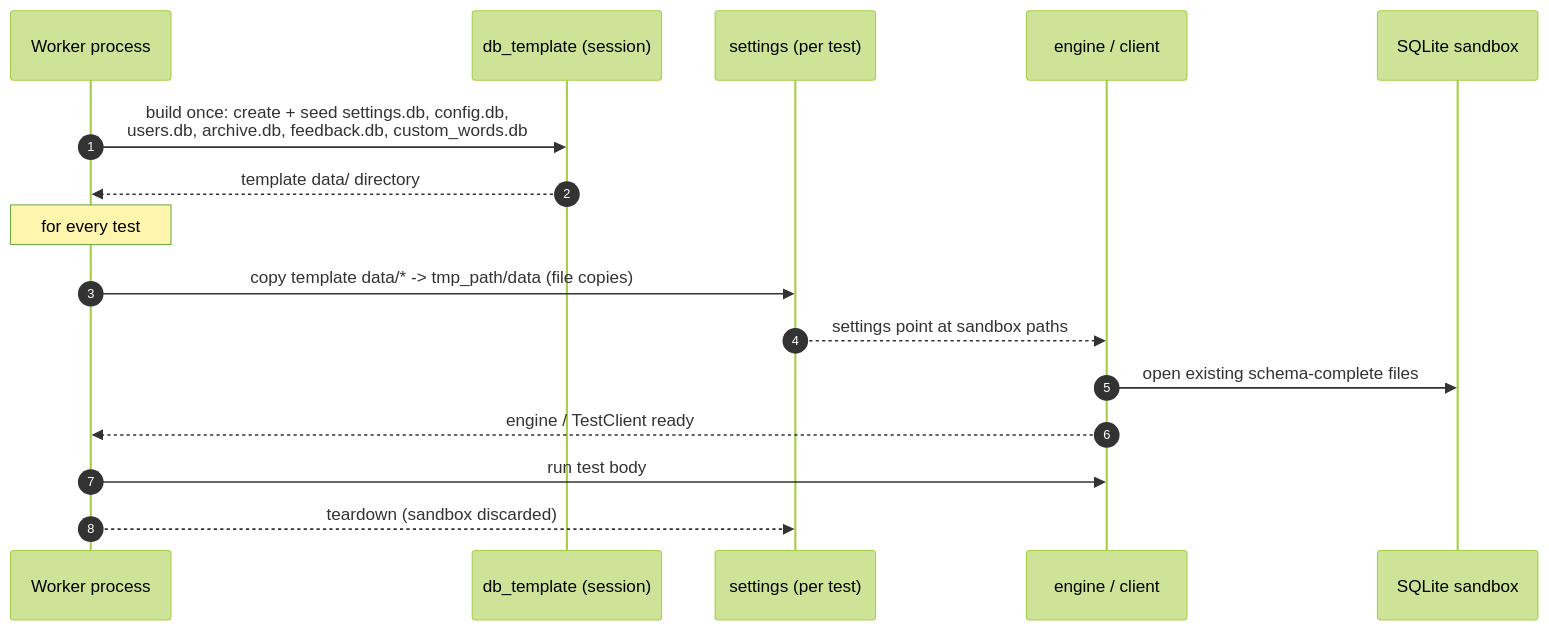
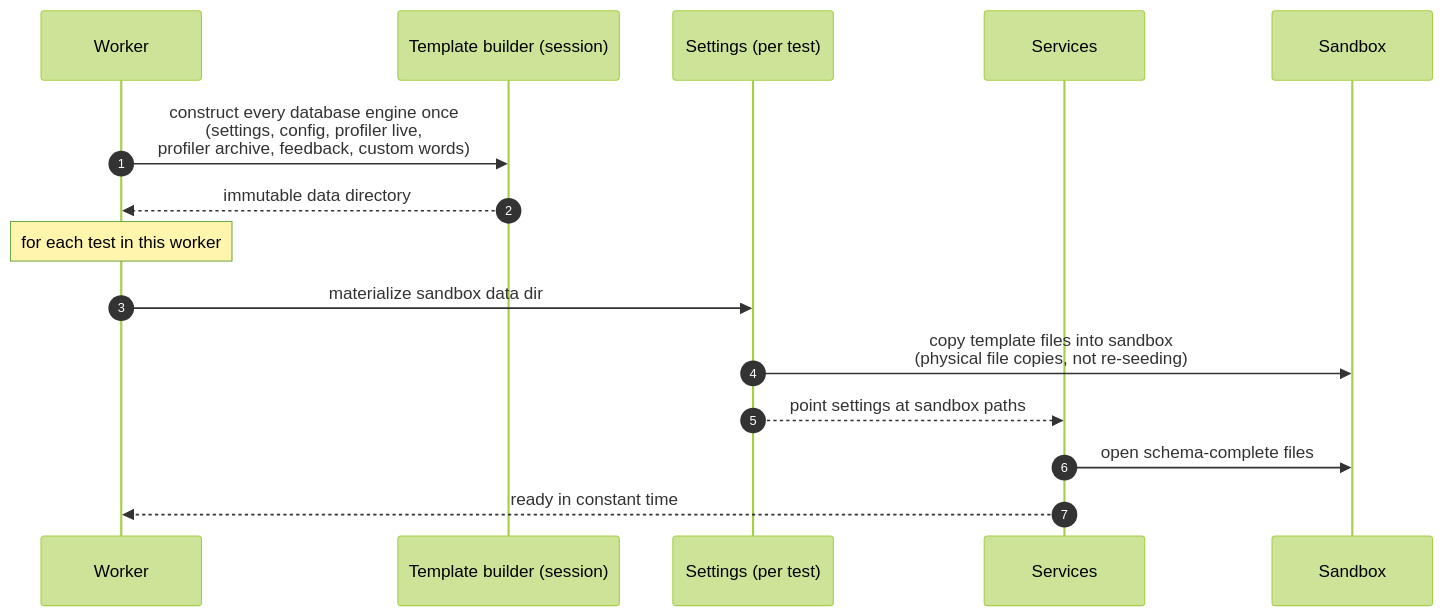
The seventh of 14 diagrams in docs/guide/testing.md (biszdevelopers/general-moderation), drawn with Mermaid (forest theme) before and after one commit. The commit also changed other lines of this file, not shown here.

Commit message:
[TEST-DOCS] Expand testing architecture guide to textbook depth, number-free

````diff
--- a/docs/guide/testing.md
+++ b/docs/guide/testing.md
@@ -82,19 +277,18 @@
 ```mermaid
 sequenceDiagram
     autonumber
-    participant W as Worker process
-    participant T as db_template (session)
-    participant S as settings (per test)
-    participant E as engine / client
-    participant DB as SQLite sandbox
+    participant W as Worker
+    participant T as Template builder (session)
+    participant S as Settings (per test)
+    participant V as Services
+    participant D as Sandbox
 
-    W->>T: build once: create + seed settings.db, config.db,<br/>users.db, archive.db, feedback.db, custom_words.db
-    T-->>W: template data/ directory
-    Note over W: for every test
-    W->>S: copy template data/* -> tmp_path/data (file copies)
-    S-->>E: settings point at sandbox paths
-    E->>DB: open existing schema-complete files
-    E-->>W: engine / TestClient ready
-    W->>E: run test body
-    W-->>S: teardown (sandbox discarded)
+    W->>T: construct every database engine once<br/>(settings, config, profiler live,<br/>profiler archive, feedback, custom words)
+    T-->>W: immutable data directory
+    Note over W: for each test in this worker
+    W->>S: materialize sandbox data dir
+    S->>D: copy template files into sandbox<br/>(physical file copies, not re-seeding)
+    S-->>V: point settings at sandbox paths
+    V->>D: open schema-complete files
+    V-->>W: ready in constant time
 ```
````
